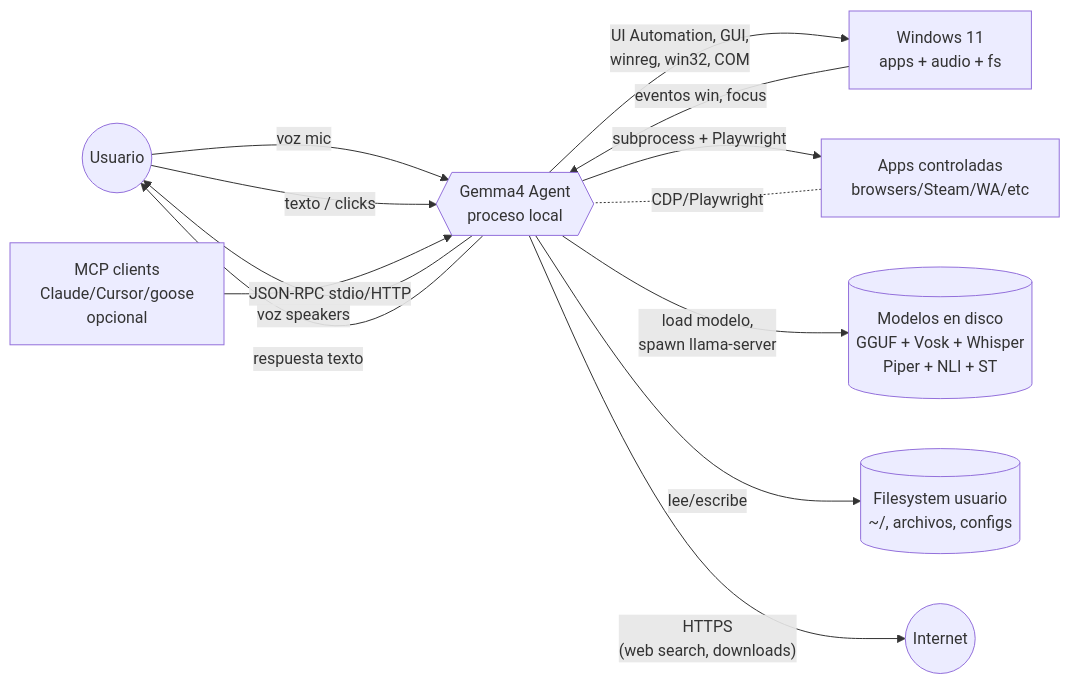
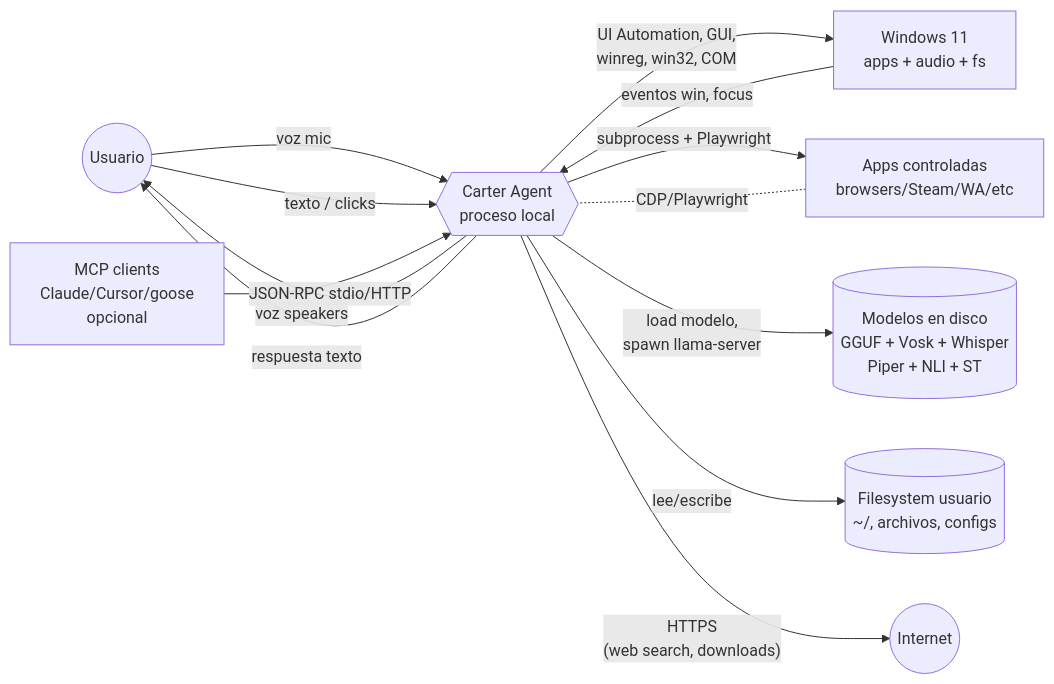
The first of 7 diagrams in documentacion/_historico/baseline_audit/01_system.md (REDSOULTM/BAXY), drawn with Mermaid before and after one commit. The commit also changed other lines of this file and 75 other files, not shown here.

First line of the commit message:
chore(rebrand): Gemma 4 Agent -> Carter (producto), modelo Gemma 4 intacto

````diff
--- a/documentacion/_historico/baseline_audit/01_system.md
+++ b/documentacion/_historico/baseline_audit/01_system.md
@@ -29,30 +29,30 @@
 ```mermaid
 %% Fig 1.1 — System Context (C4 N1)
 graph LR
     User((Usuario))
     OS[Windows 11<br/>apps + audio + fs]
     Apps[Apps controladas<br/>browsers/Steam/WA/etc]
     Models[(Modelos en disco<br/>GGUF + Vosk + Whisper<br/>Piper + NLI + ST)]
     FS[(Filesystem usuario<br/>~/, archivos, configs)]
     Web((Internet))
     MCP[MCP clients<br/>Claude/Cursor/goose<br/>opcional]
 
-    Gemma{{Gemma4 Agent<br/>proceso local}}
+    Gemma{{Carter Agent<br/>proceso local}}
 
     User -- "voz mic" --> Gemma
     Gemma -- "voz speakers" --> User
     User -- "texto / clicks" --> Gemma
     Gemma -- "respuesta texto" --> User
 
     Gemma -- "UI Automation, GUI,<br/>winreg, win32, COM" --> OS
     Gemma -- "subprocess + Playwright" --> Apps
     OS -- "eventos win, focus" --> Gemma
 
     Gemma -- "load modelo,<br/>spawn llama-server" --> Models
     Gemma -- "lee/escribe" --> FS
 
     Gemma -- "HTTPS<br/>(web search, downloads)" --> Web
     Apps -. CDP/Playwright .- Gemma
 
     MCP -- "JSON-RPC stdio/HTTP" --> Gemma
 ```
````
